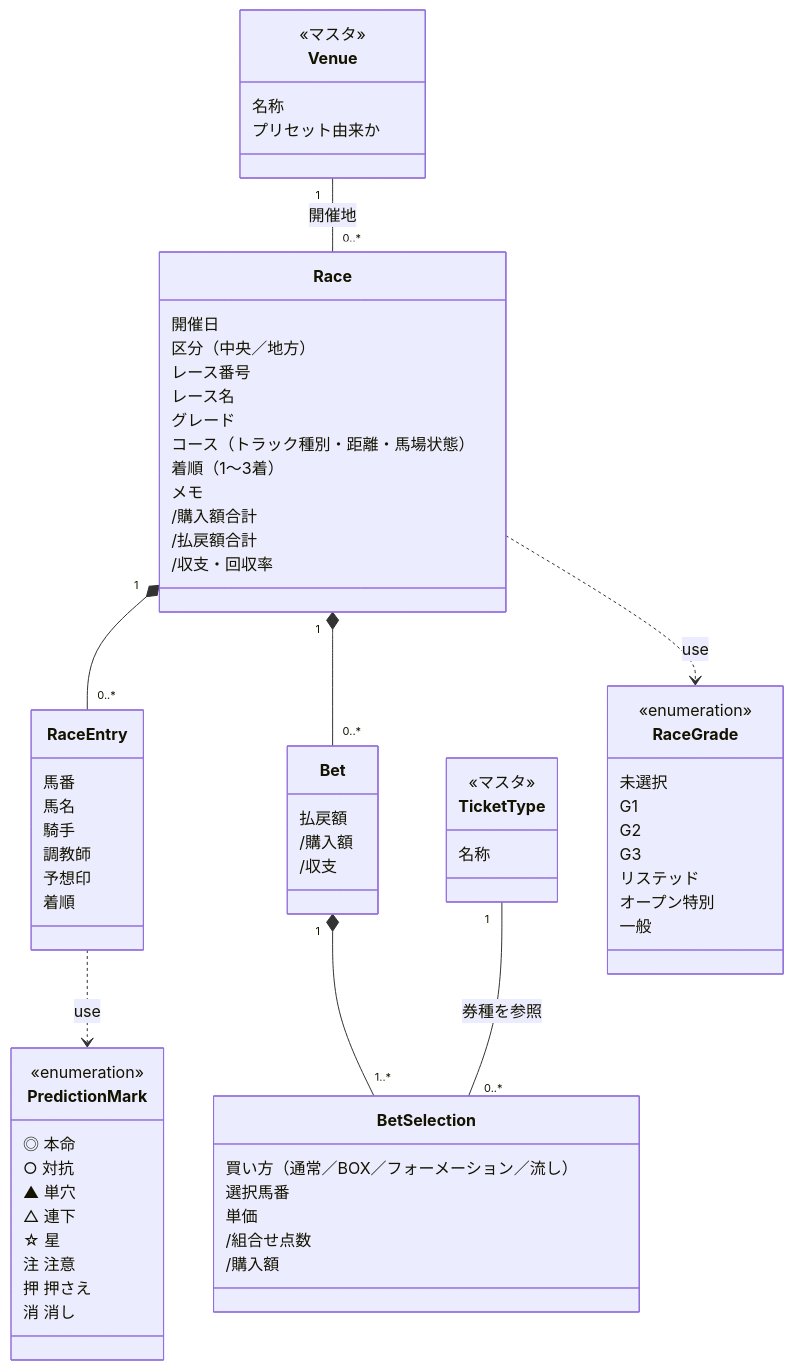
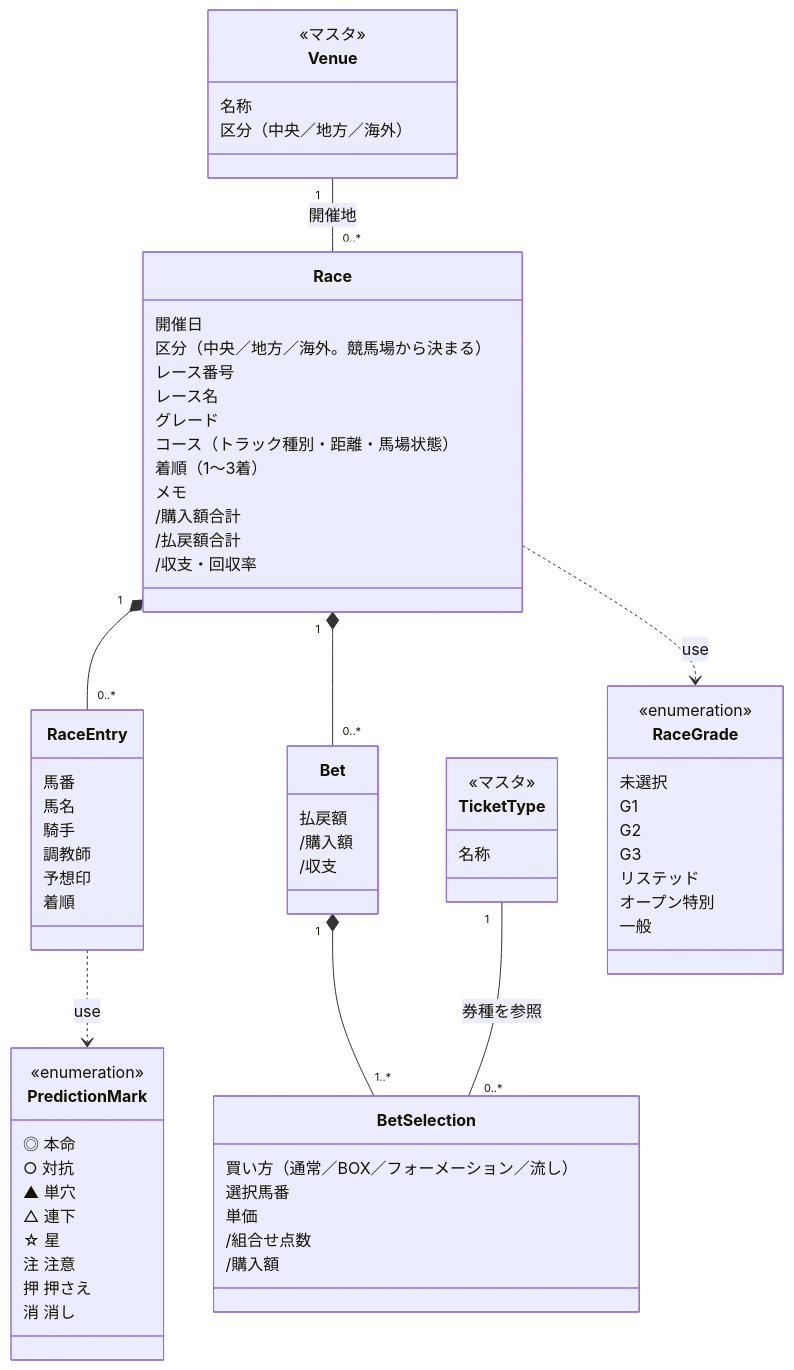
Before and after one commit to neko3cs/umalog: the first of 3 diagrams in docs/design.md, drawn with Mermaid. The commit also changed other lines of this file and 3 other files, not shown here.

````diff
--- a/docs/design.md
+++ b/docs/design.md
@@ -7,81 +7,81 @@
 ```mermaid
 classDiagram
     class Venue {
         <<マスタ>>
         名称
-        プリセット由来か
+        区分（中央／地方／海外）
     }
 
     class TicketType {
         <<マスタ>>
         名称
     }
 
     class Race {
         開催日
-        区分（中央／地方）
+        区分（中央／地方／海外。競馬場から決まる）
         レース番号
         レース名
         グレード
         コース（トラック種別・距離・馬場状態）
         着順（1〜3着）
         メモ
         /購入額合計
         /払戻額合計
         /収支・回収率
     }
 
     class RaceEntry {
         馬番
         馬名
         騎手
         調教師
         予想印
         着順
     }
 
     class Bet {
         払戻額
         /購入額
         /収支
     }
 
     class BetSelection {
         買い方（通常／BOX／フォーメーション／流し）
         選択馬番
         単価
         /組合せ点数
         /購入額
     }
 
     class PredictionMark {
         <<enumeration>>
         ◎ 本命
         ○ 対抗
         ▲ 単穴
         △ 連下
         ☆ 星
         注 注意
         押 押さえ
         消 消し
     }
 
     class RaceGrade {
         <<enumeration>>
         未選択
         G1
         G2
         G3
         リステッド
         オープン特別
         一般
     }
 
     Venue "1" -- "0..*" Race : 開催地
     Race "1" *-- "0..*" RaceEntry
     Race "1" *-- "0..*" Bet
     Bet "1" *-- "1..*" BetSelection
     TicketType "1" -- "0..*" BetSelection : 券種を参照
     RaceEntry ..> PredictionMark : use
     Race ..> RaceGrade : use
 ```
````
